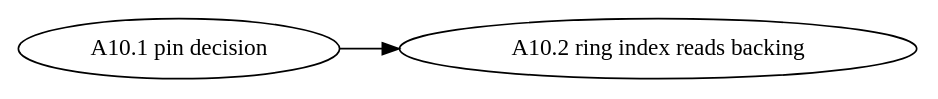
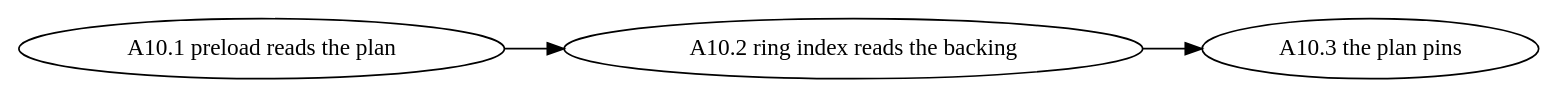
Before and after one commit to kainlan/llama.cpp-intel-optimizations: the diagram in docs/plans/2026-11-13-fmcp-a10-routed-host-experts-are-pinned-when-the-ring-streams-them.md, drawn with Graphviz. The commit also changed other lines of this file, not shown here.

````diff
--- a/docs/plans/2026-11-13-fmcp-a10-routed-host-experts-are-pinned-when-the-ring-streams-them.md
+++ b/docs/plans/2026-11-13-fmcp-a10-routed-host-experts-are-pinned-when-the-ring-streams-them.md
@@ -96,3 +186,3 @@
 ```dot
-digraph dependencies { rankdir=LR; "A10.1 pin decision" -> "A10.2 ring index reads backing"; }
+digraph dependencies { rankdir=LR; "A10.1 preload reads the plan" -> "A10.2 ring index reads the backing" -> "A10.3 the plan pins"; }
 ```
````
